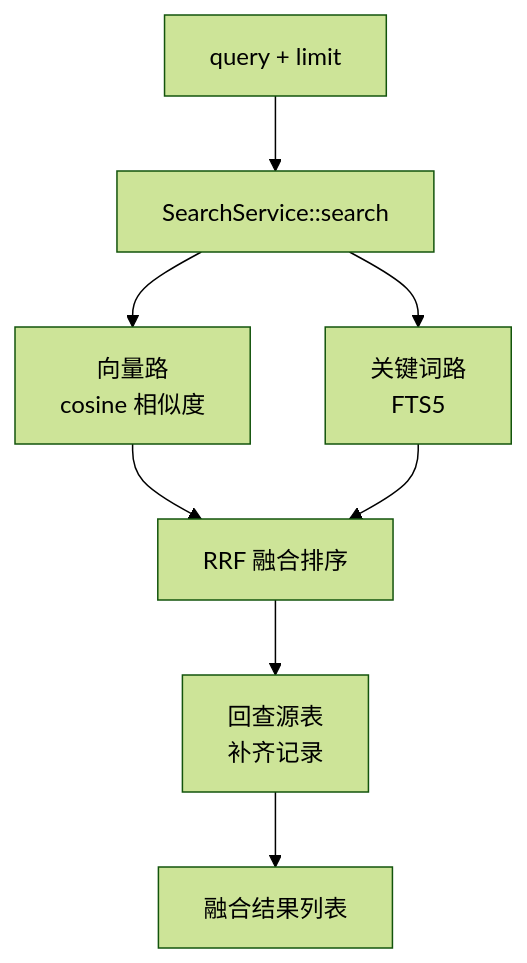
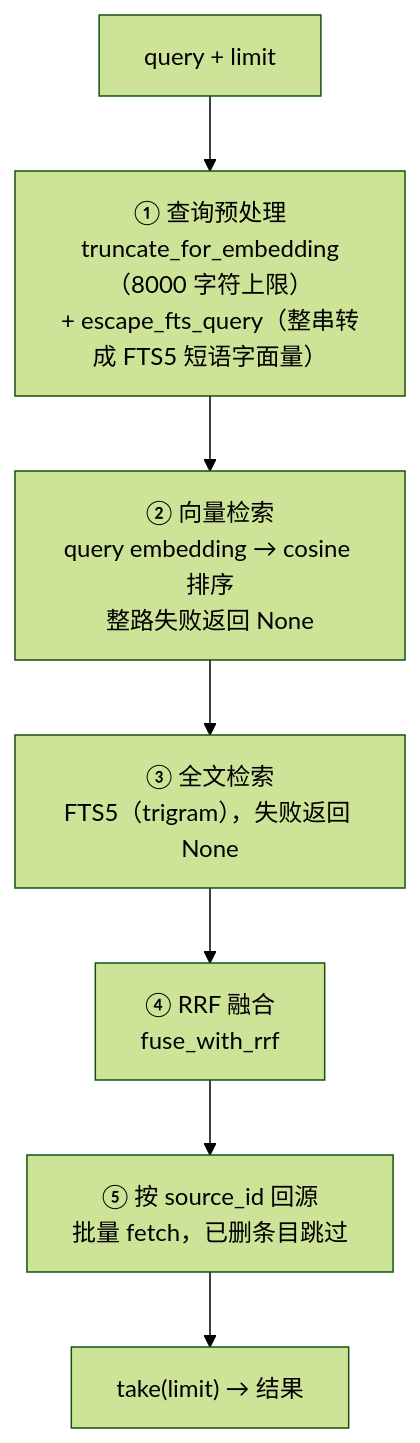
One commit to cdavid817/vanehub-ai changed the diagram in docs/developer-guide/zh-CN/src/retrieval.md. Above: the diagram before and after it, drawn with Mermaid (forest theme). The commit also changed other lines of this file and 80 other files, not shown here.

````diff
--- a/docs/developer-guide/zh-CN/src/retrieval.md
+++ b/docs/developer-guide/zh-CN/src/retrieval.md
@@ -33,10 +22,9 @@
 ```mermaid
 flowchart TB
-    Q[query + limit] --> SS[SearchService::search]
-    SS --> V[向量路<br/>cosine 相似度]
-    SS --> K[关键词路<br/>FTS5]
-    V --> RRF[RRF 融合排序]
-    K --> RRF
-    RRF --> LOOK[回查源表<br/>补齐记录]
-    LOOK --> OUT[融合结果列表]
+    Q["query + limit"] --> T["① 查询预处理<br/>truncate_for_embedding（8000 字符上限）<br/>+ escape_fts_query（整串转成 FTS5 短语字面量）"]
+    T --> V["② 向量检索<br/>query embedding → cosine 排序<br/>整路失败返回 None"]
+    V --> K["③ 全文检索<br/>FTS5（trigram），失败返回 None"]
+    K --> RRF["④ RRF 融合<br/>fuse_with_rrf"]
+    RRF --> LOOK["⑤ 按 source_id 回源<br/>批量 fetch，已删条目跳过"]
+    LOOK --> OUT["take(limit) → 结果"]
 ```
````
